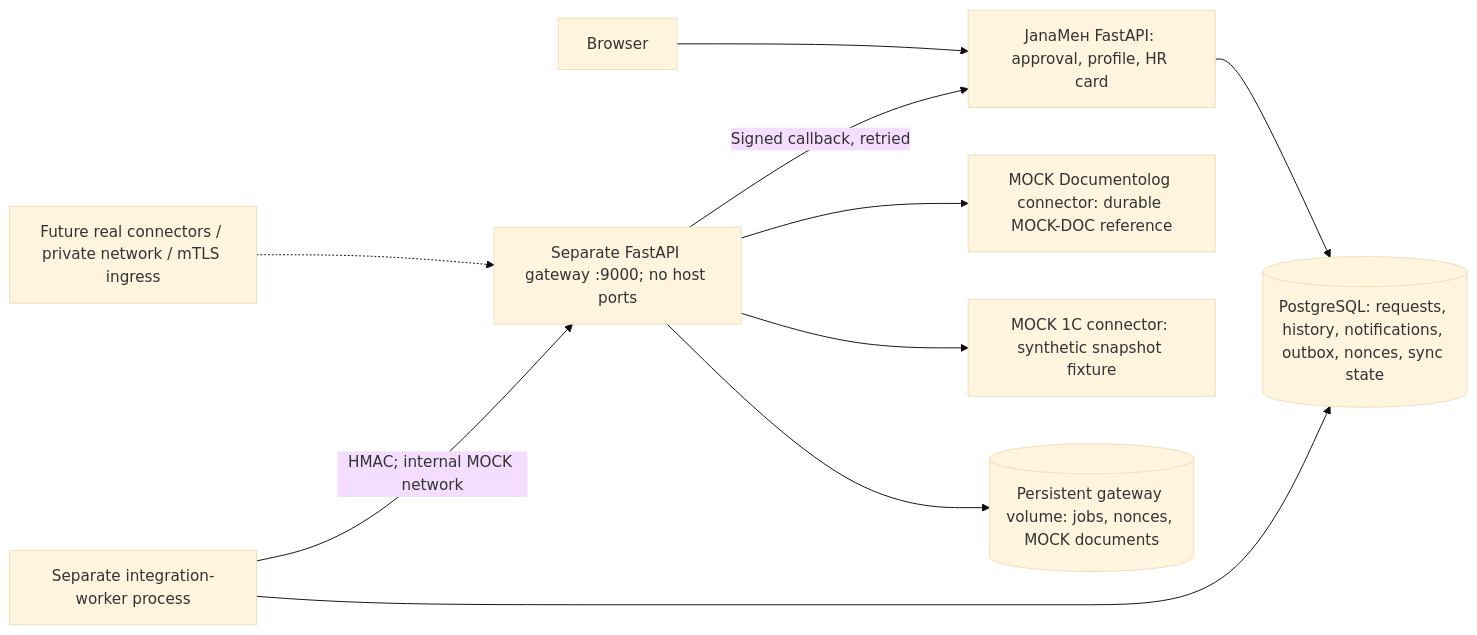
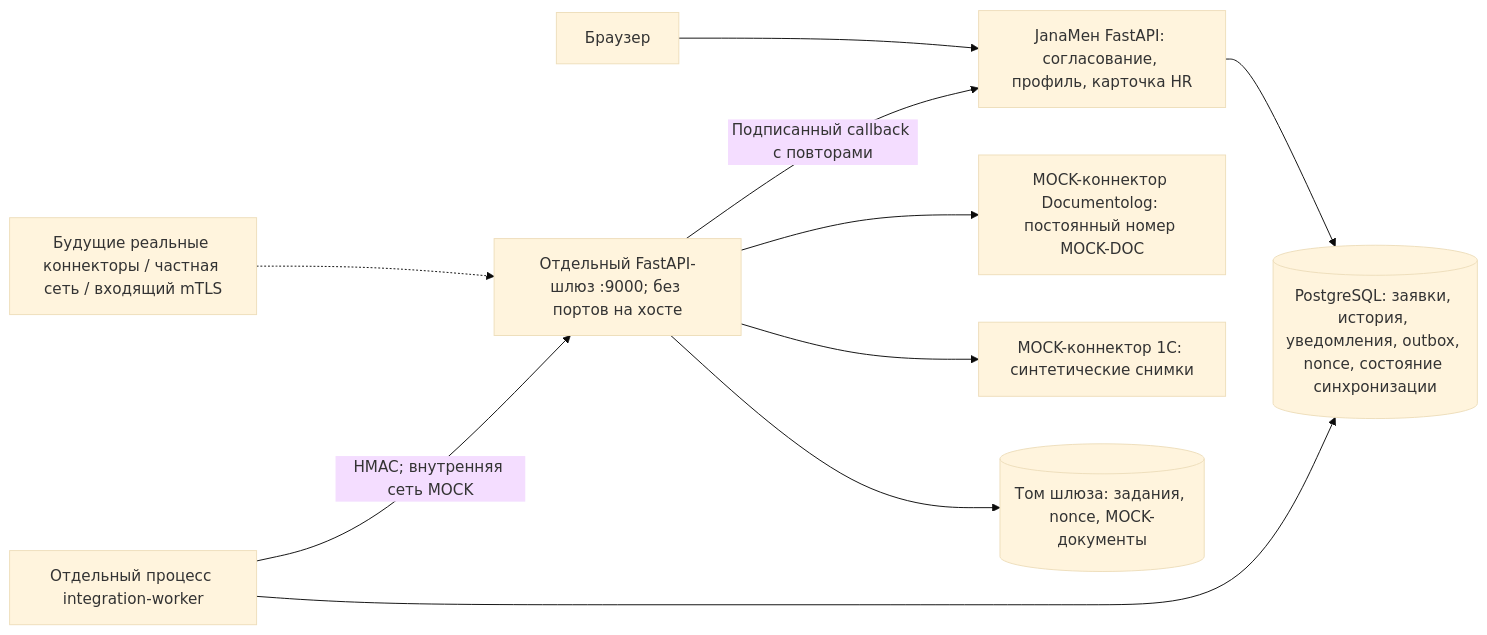
The diagram in docs/INTEGRATIONS.md (shokkanuly/Posttech), drawn with Mermaid (base theme) before and after one commit. The commit also changed other lines of this file and 327 other files, not shown here.

````diff
--- a/docs/INTEGRATIONS.md
+++ b/docs/INTEGRATIONS.md
@@ -28,12 +30,12 @@
 ```mermaid
 flowchart LR
-  Browser --> Web["JanaМен FastAPI: approval, profile, HR card"]
-  Web --> DB[("PostgreSQL: requests, history, notifications, outbox, nonces, sync state")]
-  Worker["Separate integration-worker process"] --> DB
-  Worker -->|"HMAC; internal MOCK network"| Gateway["Separate FastAPI gateway :9000; no host ports"]
-  Gateway --> GDB[("Persistent gateway volume: jobs, nonces, MOCK documents")]
-  Gateway --> OneC["MOCK 1C connector: synthetic snapshot fixture"]
-  Gateway --> Doc["MOCK Documentolog connector: durable MOCK-DOC reference"]
-  Gateway -->|"Signed callback, retried"| Web
-  Future["Future real connectors / private network / mTLS ingress"] -.-> Gateway
+  Browser["Браузер"] --> Web["JanaМен FastAPI: согласование, профиль, карточка HR"]
+  Web --> DB[("PostgreSQL: заявки, история, уведомления, outbox, nonce, состояние синхронизации")]
+  Worker["Отдельный процесс integration-worker"] --> DB
+  Worker -->|"HMAC; внутренняя сеть MOCK"| Gateway["Отдельный FastAPI-шлюз :9000; без портов на хосте"]
+  Gateway --> GDB[("Том шлюза: задания, nonce, MOCK-документы")]
+  Gateway --> OneC["MOCK-коннектор 1С: синтетические снимки"]
+  Gateway --> Doc["MOCK-коннектор Documentolog: постоянный номер MOCK-DOC"]
+  Gateway -->|"Подписанный callback с повторами"| Web
+  Future["Будущие реальные коннекторы / частная сеть / входящий mTLS"] -.-> Gateway
 ```
````
